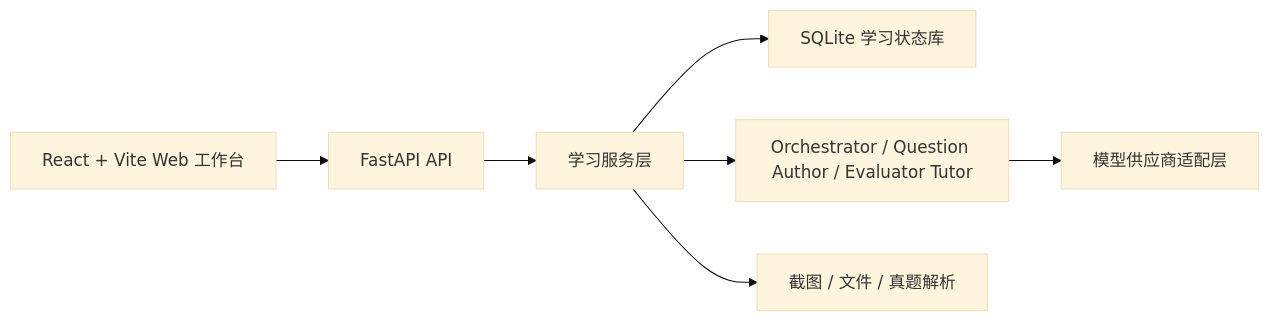
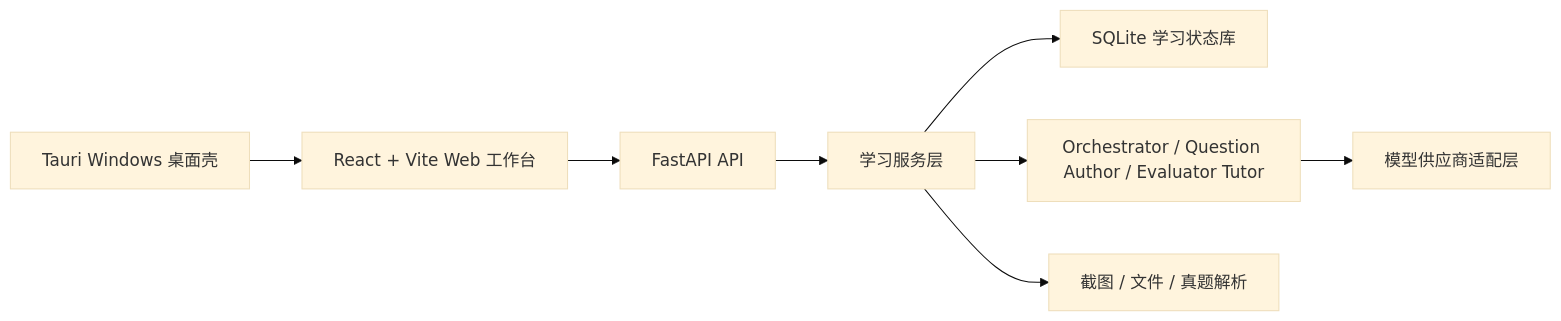
Before and after one commit to q2955161835-debug/lang-drill-agent: the diagram in README.md, drawn with Mermaid (base theme). The commit also changed other lines of this file and 24 other files, not shown here.

````diff
--- a/README.md
+++ b/README.md
@@ -21,9 +23,10 @@
 ```mermaid
 flowchart LR
   UI["React + Vite Web 工作台"] --> API["FastAPI API"]
+  Desktop["Tauri Windows 桌面壳"] --> UI
   API --> Services["学习服务层"]
   Services --> DB["SQLite 学习状态库"]
   Services --> Agents["Orchestrator / Question Author / Evaluator Tutor"]
   Agents --> Provider["模型供应商适配层"]
   Services --> Import["截图 / 文件 / 真题解析"]
 ```
````
